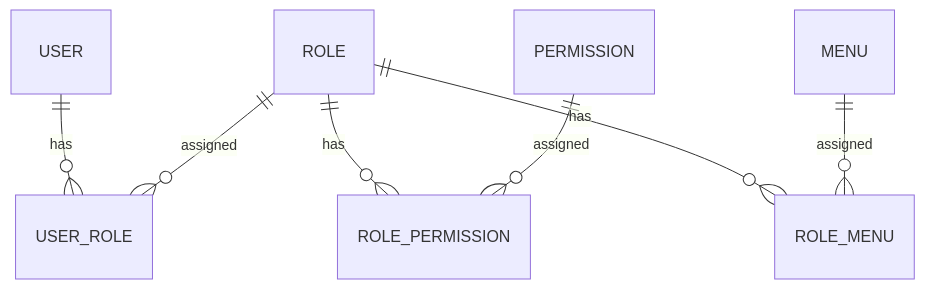
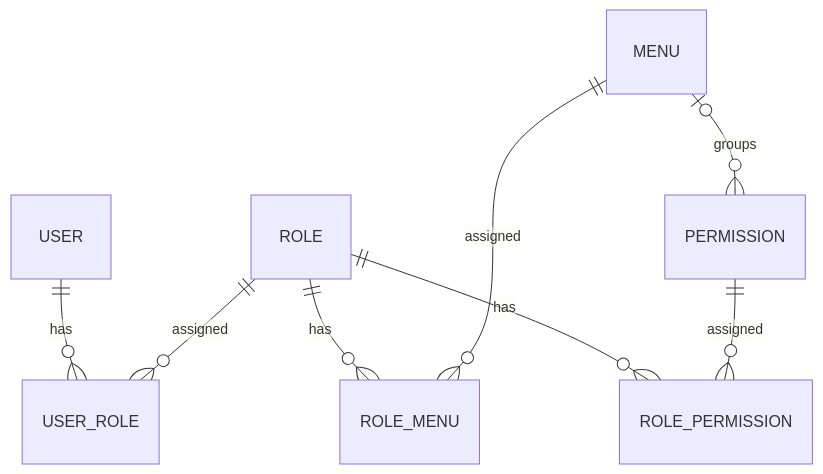
The second of 2 diagrams in manpower-blog-backend/dos/ARCHITECTURE.md (yaoxia0703/manpower-blog-monorepo), drawn with Mermaid before and after one commit. The commit also changed other lines of this file and 64 other files, not shown here.

````diff
--- a/manpower-blog-backend/dos/ARCHITECTURE.md
+++ b/manpower-blog-backend/dos/ARCHITECTURE.md
@@ -173,9 +175,10 @@
 ```mermaid
 erDiagram
     USER ||--o{ USER_ROLE : has
     ROLE ||--o{ USER_ROLE : assigned
     ROLE ||--o{ ROLE_PERMISSION : has
     PERMISSION ||--o{ ROLE_PERMISSION : assigned
     ROLE ||--o{ ROLE_MENU : has
     MENU ||--o{ ROLE_MENU : assigned
+    MENU o|--o{ PERMISSION : groups
 ```
````
